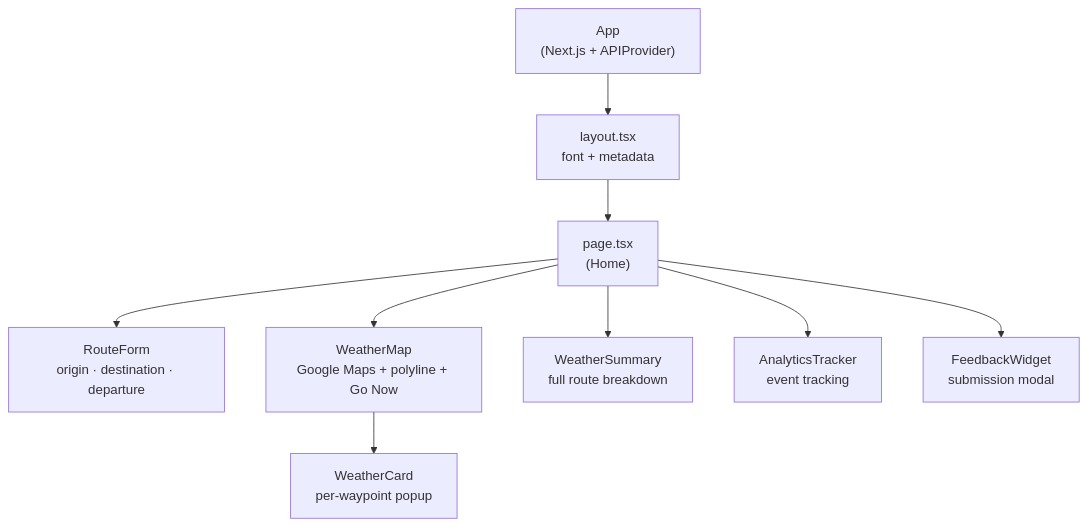
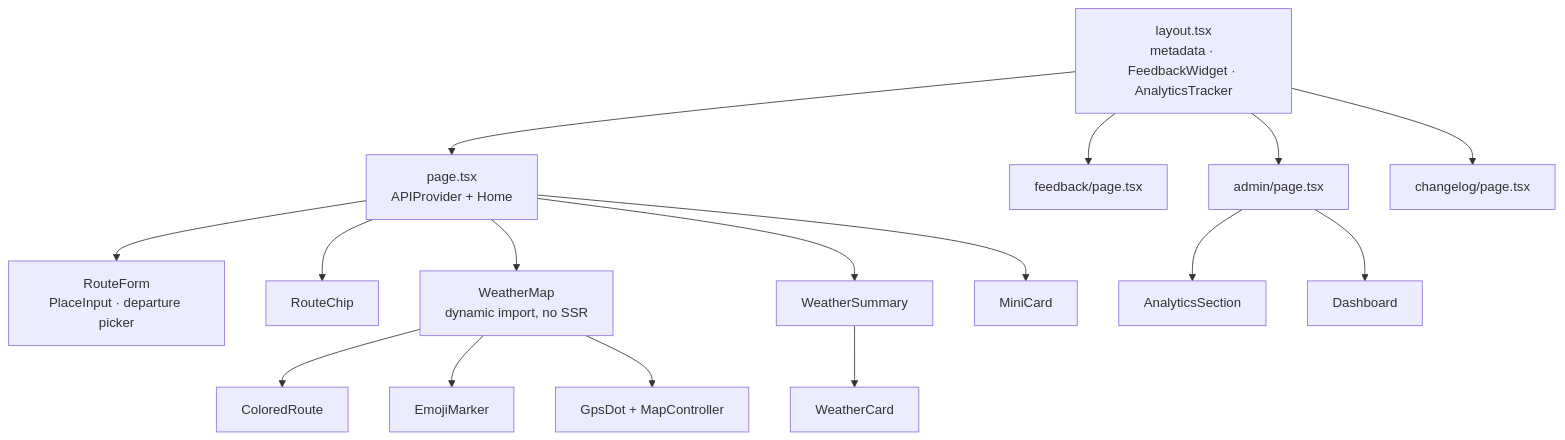
Diagram 11 of 17 in portfolio-react/public/docs/redahluhh.md (snsyaqirah/snsyaqirah.github.io), drawn with Mermaid before and after one commit. The commit also changed other lines of this file and 101 other files, not shown here.

````diff
--- a/portfolio-react/public/docs/redahluhh.md
+++ b/portfolio-react/public/docs/redahluhh.md
@@ -316,12 +364,19 @@
 ```mermaid
 graph TD
-    App["App\n(Next.js + APIProvider)"]
-    App --> Layout["layout.tsx\nfont + metadata"]
-    Layout --> Home["page.tsx\n(Home)"]
-    Home --> RF["RouteForm\norigin · destination · departure"]
-    Home --> WMap["WeatherMap\nGoogle Maps + polyline + Go Now"]
-    Home --> WSumm["WeatherSummary\nfull route breakdown"]
-    Home --> AT["AnalyticsTracker\nevent tracking"]
-    Home --> FW["FeedbackWidget\nsubmission modal"]
-    WMap --> WCard["WeatherCard\nper-waypoint popup"]
+    Root["layout.tsx<br/>metadata · FeedbackWidget · AnalyticsTracker"]
+    Root --> Home["page.tsx<br/>APIProvider + Home"]
+    Root --> FBP["feedback/page.tsx"]
+    Root --> ADP["admin/page.tsx"]
+    Root --> CLP["changelog/page.tsx"]
+    Home --> RF["RouteForm<br/>PlaceInput · departure picker"]
+    Home --> RC["RouteChip"]
+    Home --> WM["WeatherMap<br/>dynamic import, no SSR"]
+    Home --> WSU["WeatherSummary"]
+    Home --> MC["MiniCard"]
+    WM --> CR["ColoredRoute"]
+    WM --> EM["EmojiMarker"]
+    WM --> GD["GpsDot + MapController"]
+    WSU --> WCD["WeatherCard"]
+    ADP --> AN["AnalyticsSection"]
+    ADP --> DB["Dashboard"]
 ```
````
